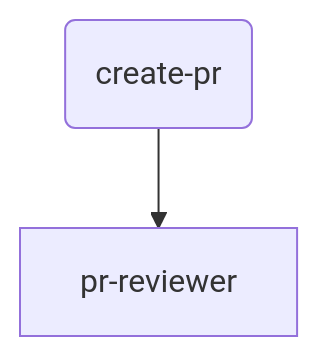
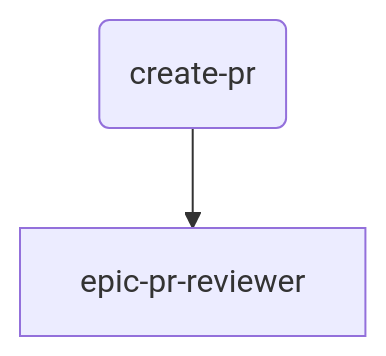
The diagram in docs/product/orchestrator/generated/phases/04_evaluate.mmd (M-A-Operating-System/ai-coding-standards2), drawn with Mermaid before and after one commit. The commit also changed 10 other files, not shown here.

```diff
--- a/docs/product/orchestrator/generated/phases/04_evaluate.mmd
+++ b/docs/product/orchestrator/generated/phases/04_evaluate.mmd
@@ -1,4 +1,4 @@
 flowchart TD
     n_04_evaluate__create_pr("create-pr")
-    n_04_evaluate__pr_reviewer["pr-reviewer"]
-    n_04_evaluate__create_pr --> n_04_evaluate__pr_reviewer
+    n_04_evaluate__epic_pr_reviewer["epic-pr-reviewer"]
+    n_04_evaluate__create_pr --> n_04_evaluate__epic_pr_reviewer
```
